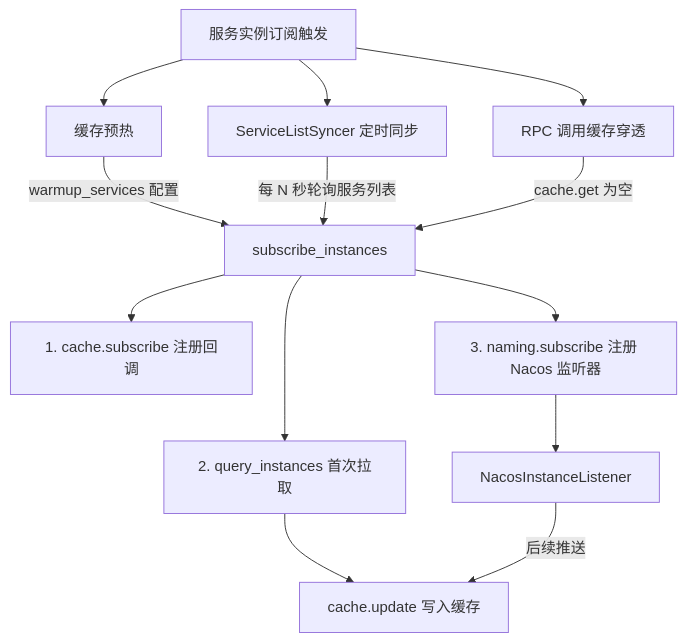
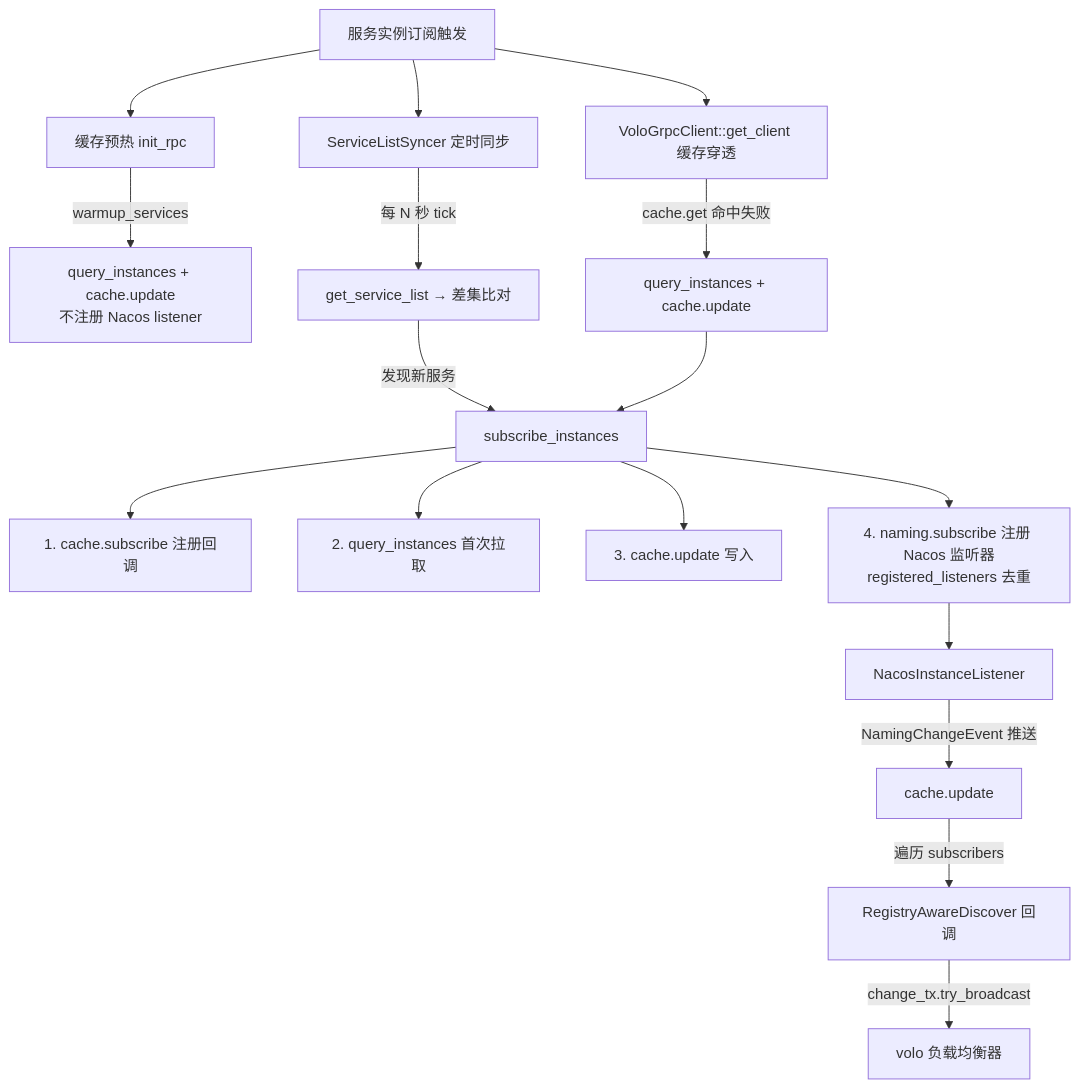
Before and after one commit to warpdrivelabs/cmx-container: the third of 11 diagrams in .trae/documents/RPC架构流程详解.md, drawn with Mermaid. The commit also changed other lines of this file and 2 other files, not shown here.

````diff
--- a/.trae/documents/RPC架构流程详解.md
+++ b/.trae/documents/RPC架构流程详解.md
@@ -133,18 +208,22 @@
 ```mermaid
 graph TD
-    A[服务实例订阅触发] --> B[缓存预热]
+    A[服务实例订阅触发] --> B[缓存预热 init_rpc]
     A --> C[ServiceListSyncer 定时同步]
-    A --> D[RPC 调用缓存穿透]
+    A --> D[VoloGrpcClient::get_client 缓存穿透]
 
-    B -->|warmup_services 配置| E[subscribe_instances]
-    C -->|每 N 秒轮询服务列表| E
-    D -->|cache.get 为空| E
+    B -->|warmup_services| W1[query_instances + cache.update<br/>不注册 Nacos listener]
+    C -->|每 N 秒 tick| W2[get_service_list → 差集比对]
+    D -->|cache.get 命中失败| W3[query_instances + cache.update]
 
+    W2 -->|发现新服务| E[subscribe_instances]
+    W3 --> E
     E --> F[1. cache.subscribe 注册回调]
     E --> G[2. query_instances 首次拉取]
-    E --> H[3. naming.subscribe 注册 Nacos 监听器]
+    E --> G2[3. cache.update 写入]
+    E --> H[4. naming.subscribe 注册 Nacos 监听器<br/>registered_listeners 去重]
 
-    G --> I[cache.update 写入缓存]
-    H --> J[NacosInstanceListener]
-    J -->|后续推送| I
+    H --> I[NacosInstanceListener]
+    I -->|NamingChangeEvent 推送| J[cache.update]
+    J -->|遍历 subscribers| K[RegistryAwareDiscover 回调]
+    K -->|change_tx.try_broadcast| L[volo 负载均衡器]
 ```
````
